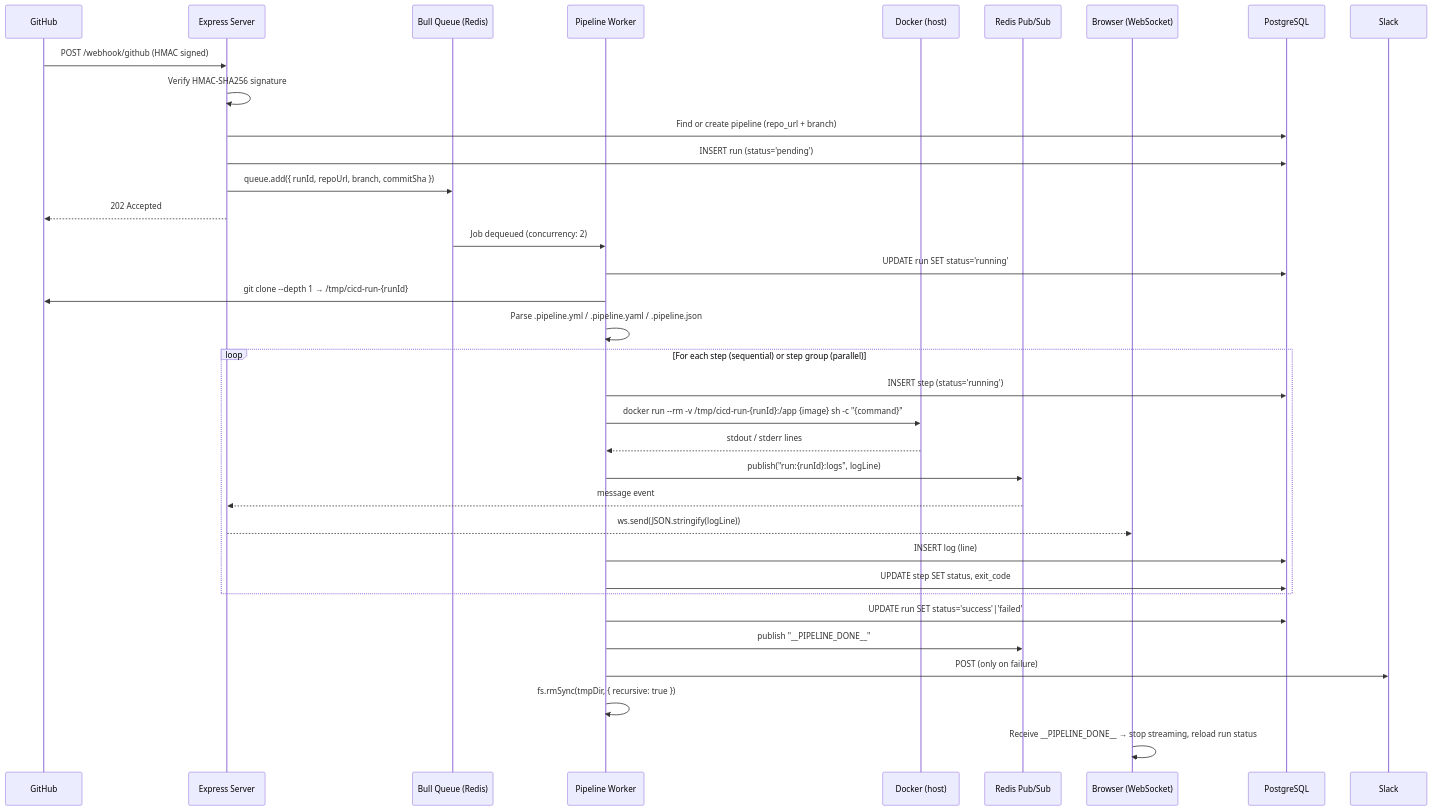
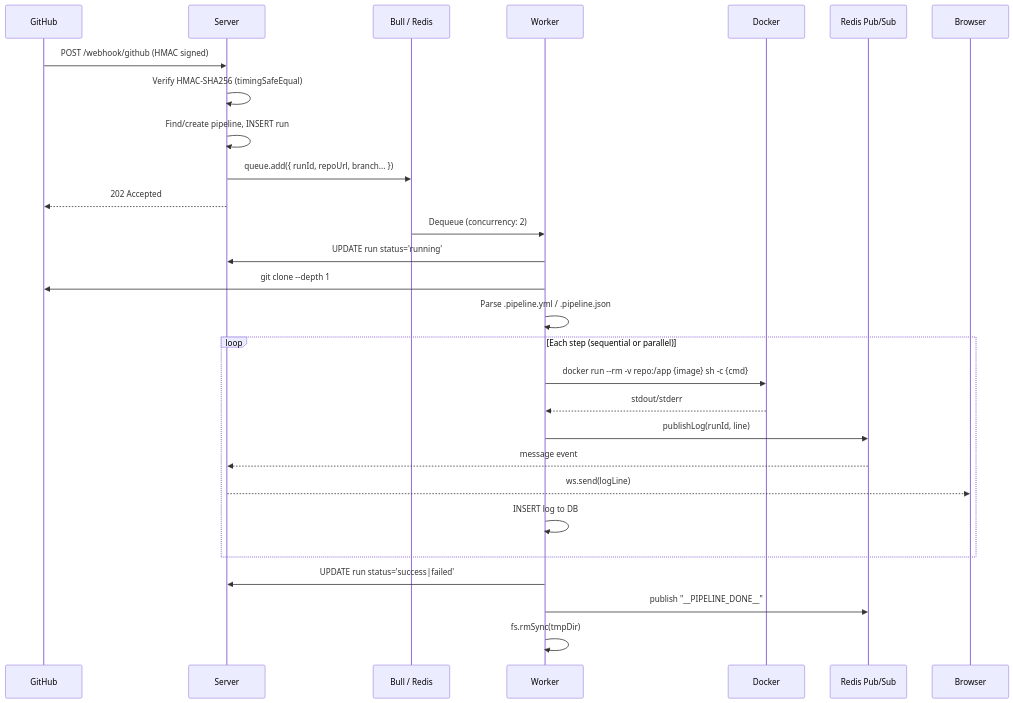
Before and after one commit to vshawale907/cicd-engine: the second of 3 diagrams in README.md, drawn with Mermaid. The commit also changed other lines of this file, not shown here.

Commit message:
docs: refactor and condense README content, formatting, and architecture diagram

````diff
--- a/README.md
+++ b/README.md
@@ -194,41 +162,34 @@
 ```mermaid
 sequenceDiagram
     participant GH as GitHub
-    participant Server as Express Server
-    participant Queue as Bull Queue (Redis)
-    participant Worker as Pipeline Worker
-    participant Docker as Docker (host)
+    participant Server
+    participant Queue as Bull / Redis
+    participant Worker
+    participant Docker
     participant PubSub as Redis Pub/Sub
-    participant Browser as Browser (WebSocket)
-    participant DB as PostgreSQL
+    participant Browser
 
     GH->>Server: POST /webhook/github (HMAC signed)
-    Server->>Server: Verify HMAC-SHA256 signature
-    Server->>DB: Find or create pipeline (repo_url + branch)
-    Server->>DB: INSERT run (status='pending')
-    Server->>Queue: queue.add({ runId, repoUrl, branch, commitSha })
+    Server->>Server: Verify HMAC-SHA256 (timingSafeEqual)
+    Server->>Server: Find/create pipeline, INSERT run
+    Server->>Queue: queue.add({ runId, repoUrl, branch... })
     Server-->>GH: 202 Accepted
 
-    Queue->>Worker: Job dequeued (concurrency: 2)
-    Worker->>DB: UPDATE run SET status='running'
-    Worker->>GH: git clone --depth 1 → /tmp/cicd-run-{runId}
-    Worker->>Worker: Parse .pipeline.yml / .pipeline.yaml / .pipeline.json
+    Queue->>Worker: Dequeue (concurrency: 2)
+    Worker->>Server: UPDATE run status='running'
+    Worker->>GH: git clone --depth 1
+    Worker->>Worker: Parse .pipeline.yml / .pipeline.json
 
-    loop For each step (sequential) or step group (parallel)
-        Worker->>DB: INSERT step (status='running')
-        Worker->>Docker: docker run --rm -v /tmp/cicd-run-{runId}:/app {image} sh -c "{command}"
-        Docker-->>Worker: stdout / stderr lines
-        Worker->>PubSub: publish("run:{runId}:logs", logLine)
+    loop Each step (sequential or parallel)
+        Worker->>Docker: docker run --rm -v repo:/app {image} sh -c {cmd}
+        Docker-->>Worker: stdout/stderr
+        Worker->>PubSub: publishLog(runId, line)
         PubSub-->>Server: message event
-        Server-->>Browser: ws.send(JSON.stringify(logLine))
-        Worker->>DB: INSERT log (line)
-        Worker->>DB: UPDATE step SET status, exit_code
+        Server-->>Browser: ws.send(logLine)
+        Worker->>Worker: INSERT log to DB
     end
 
-    Worker->>DB: UPDATE run SET status='success'|'failed'
+    Worker->>Server: UPDATE run status='success|failed'
     Worker->>PubSub: publish "__PIPELINE_DONE__"
-    Worker->>Slack: POST (only on failure)
-    Worker->>Worker: fs.rmSync(tmpDir, { recursive: true })
-
-    Browser->>Browser: Receive __PIPELINE_DONE__ → stop streaming, reload run status
+    Worker->>Worker: fs.rmSync(tmpDir)
 ```
````
